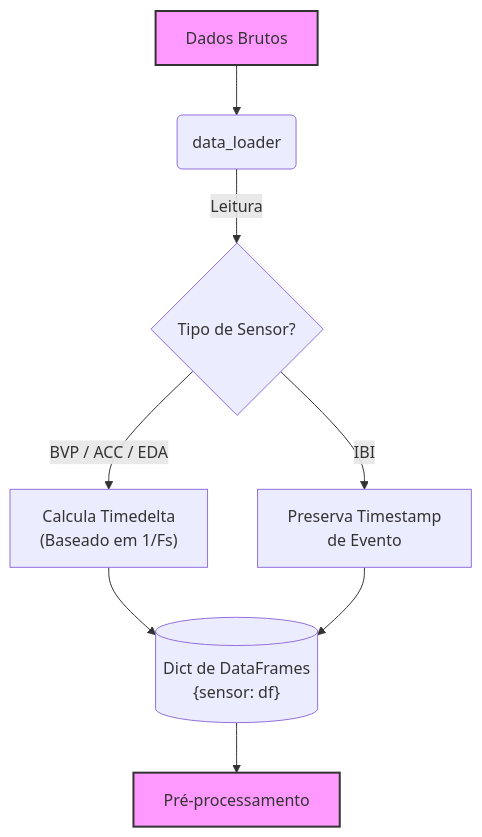
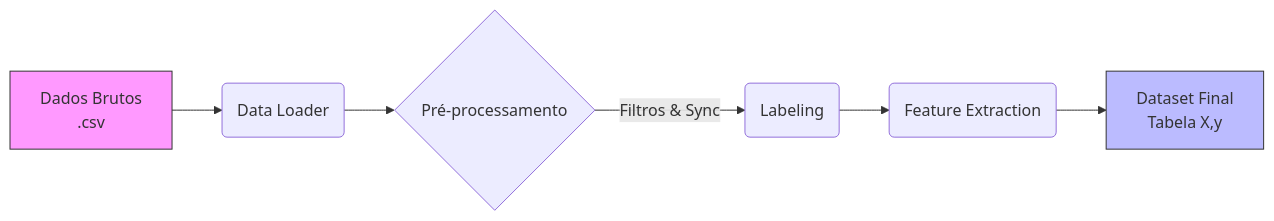
Before and after one commit to diegovianagomes/notas_de_aula: the first of 4 diagrams in docs/ciencia_dados/signal_process.md, drawn with Mermaid. The commit also changed other lines of this file and 6 other files, not shown here.

````diff
--- a/docs/ciencia_dados/signal_process.md
+++ b/docs/ciencia_dados/signal_process.md
@@ -53,17 +23,11 @@
 ```mermaid
-graph TD
-    classDef default font-size:16px;
-
-    A[Dados Brutos] --> B("data_loader")
-    B -- Leitura --> C{"Tipo de Sensor?"}
+flowchart LR
+    A[Dados Brutos<br/>.csv] --> B(Data Loader)
+    B --> C{Pré-processamento}
+    C -->|Filtros & Sync| D(Labeling)
+    D --> E(Feature Extraction)
+    E --> F[Dataset Final<br/>Tabela X,y]
     
-    C -- "BVP / ACC / EDA" --> D["Calcula Timedelta<br/>(Baseado em 1/Fs)"]
-    C -- IBI --> E["Preserva Timestamp<br/>de Evento"]
-    
-    D --> F[("Dict de DataFrames<br/>{sensor: df}")]
-    E --> F
-    F --> G["Pré-processamento"]
-
-    style A fill:#f9f,stroke:#333,stroke-width:2px
-    style G fill:#f9f,stroke:#333,stroke-width:2px
+    style A fill:#f9f,stroke:#333
+    style F fill:#bbf,stroke:#333
 ```
````
